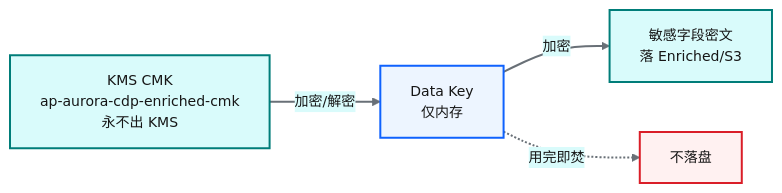
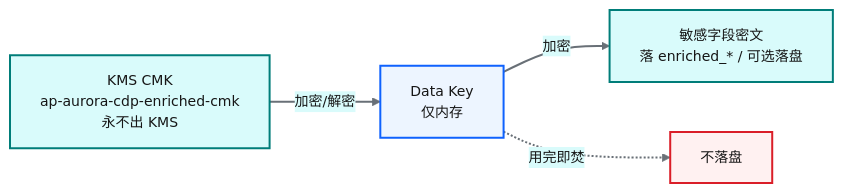
One commit to zhiweio/from-data-to-intelligence changed the third of 6 diagrams in docs/18-数据脱敏与隐私治理.md. Above: the diagram before and after it, drawn with Mermaid. The commit also changed other lines of this file and 69 other files, not shown here.

````diff
--- a/docs/18-数据脱敏与隐私治理.md
+++ b/docs/18-数据脱敏与隐私治理.md
@@ -160,21 +160,21 @@
 ```mermaid
 %%{init: {'theme':'base','themeVariables':{'primaryColor':'#edf5ff','primaryTextColor':'#161616','primaryBorderColor':'#0f62fe','lineColor':'#697077','secondaryColor':'#d9fbfb','tertiaryColor':'#f2f4f8','fontSize':'14px'}}}%%
 flowchart LR
     classDef bpProcess fill:#edf5ff,stroke:#0f62fe,stroke-width:2px,color:#161616
     classDef bpData fill:#d9fbfb,stroke:#007d79,stroke-width:2px,color:#161616
     classDef bpDecision fill:#fcf4d6,stroke:#f1c21b,stroke-width:2px,color:#161616
     classDef bpSuccess fill:#defbe6,stroke:#198038,stroke-width:2px,color:#161616
     classDef bpError fill:#fff1f1,stroke:#da1e28,stroke-width:2px,color:#161616
     classDef bpExternal fill:#f2f4f8,stroke:#697077,stroke-width:2px,color:#161616
     classDef bpInfo fill:#f6f2ff,stroke:#8a3ffc,stroke-width:2px,color:#161616
     linkStyle default stroke:#697077,stroke-width:2px,fill:none
 
     CMK[KMS CMK<br/>ap-aurora-cdp-enriched-cmk<br/>永不出 KMS] -->|加密/解密| DK[Data Key<br/>仅内存]
-    DK -->|加密| DATA[敏感字段密文<br/>落 Enriched/S3]
+    DK -->|加密| DATA[敏感字段密文<br/>落 enriched_* / 可选落盘]
     DK -.->|用完即焚| X[不落盘]
 
     class CMK bpData
     class DK bpProcess
     class DATA bpData
     class X bpError
 ```
````
